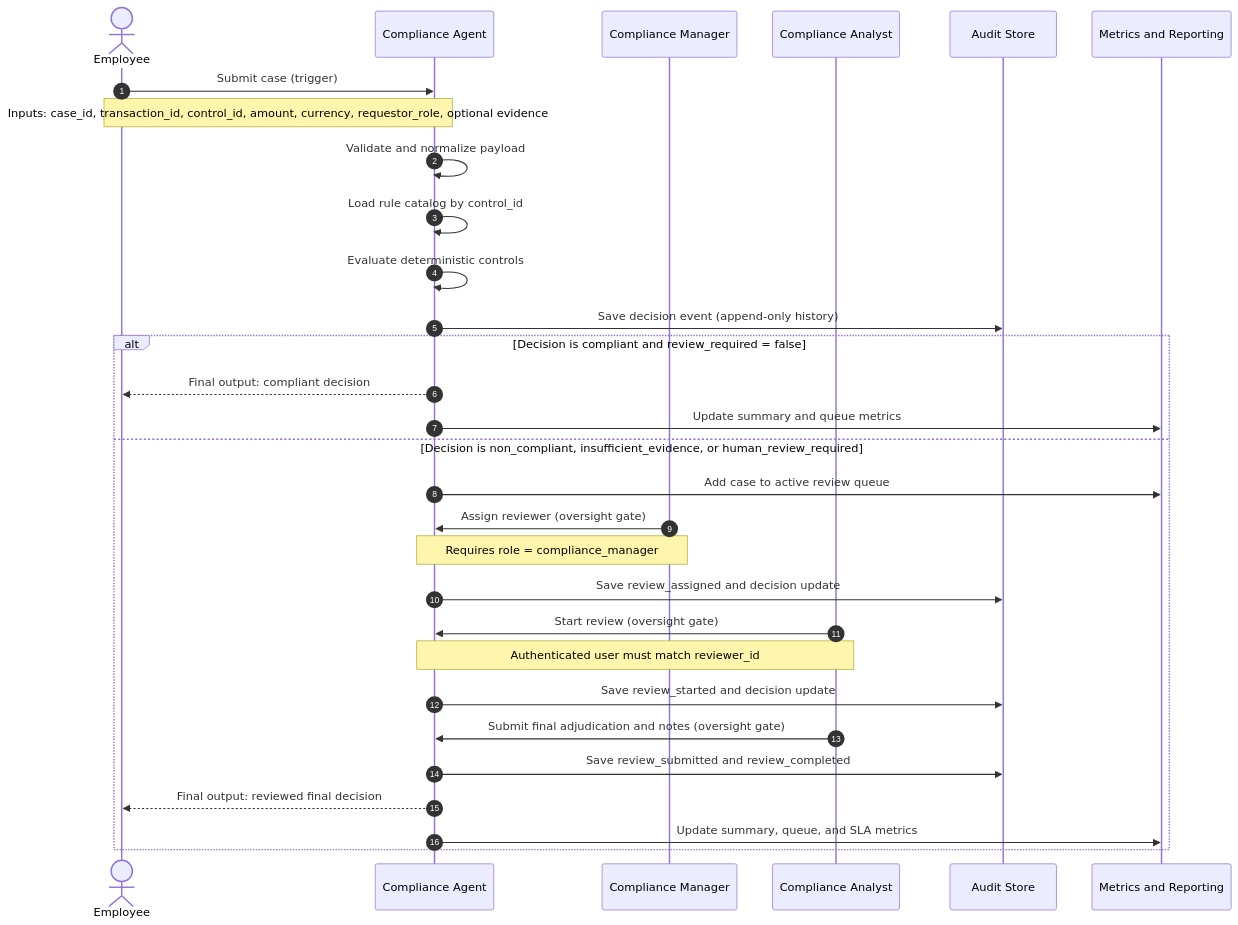
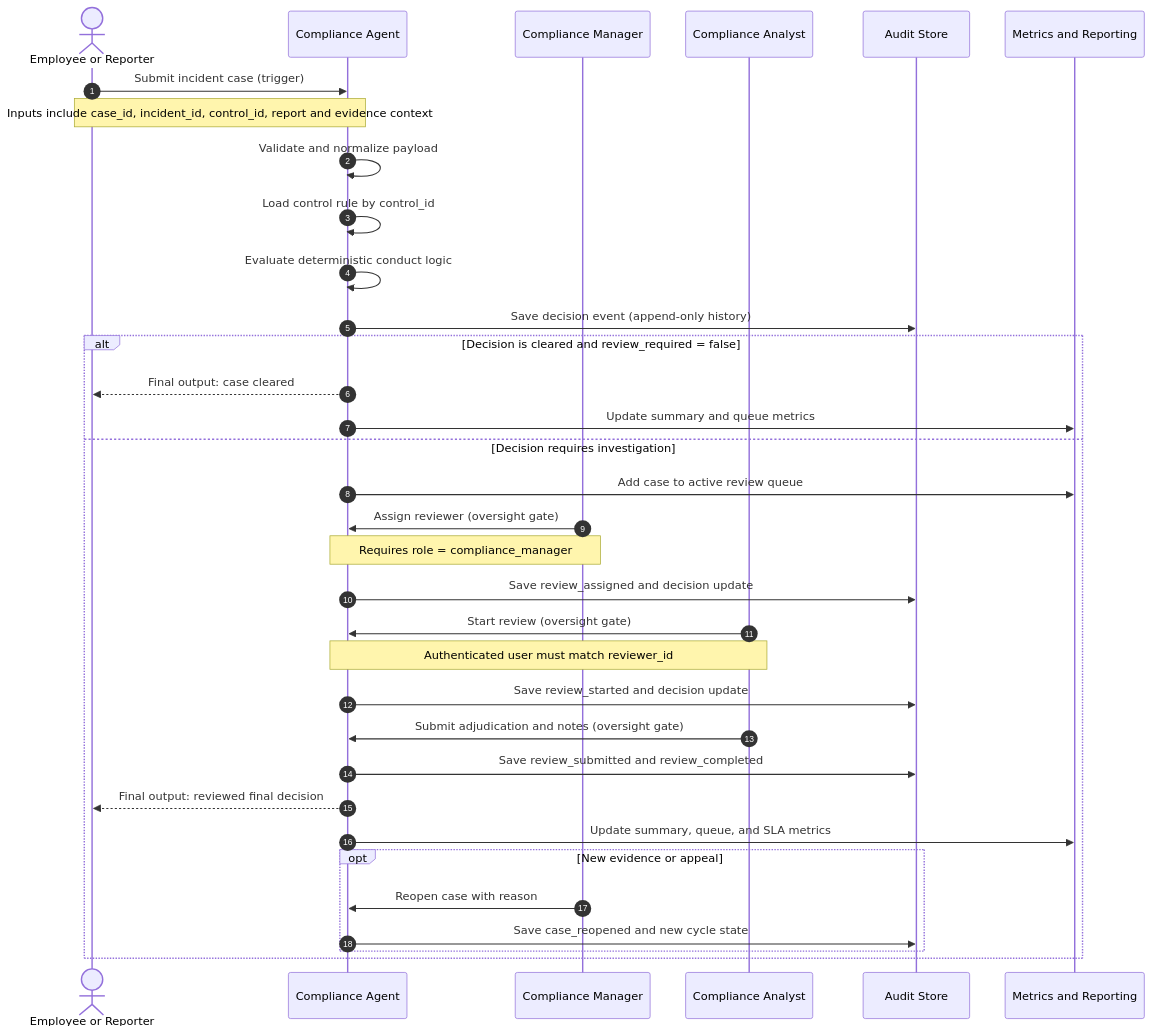
The diagram in docs/workflow_swimlane.md (AllisonH-64/Compliance_Agentic_AI_Design), drawn with Mermaid before and after one commit. The commit also changed other lines of this file and 27 other files, not shown here.

````diff
--- a/docs/workflow_swimlane.md
+++ b/docs/workflow_swimlane.md
@@ -5,38 +5,43 @@
 ```mermaid
 sequenceDiagram
     autonumber
-    actor Employee
+    actor Reporter as Employee or Reporter
     participant Agent as Compliance Agent
     participant Manager as Compliance Manager
     participant Analyst as Compliance Analyst
     participant Audit as Audit Store
     participant Reports as Metrics and Reporting
 
-    Employee->>Agent: Submit case (trigger)
-    Note over Employee,Agent: Inputs: case_id, transaction_id, control_id, amount, currency, requestor_role, optional evidence
+    Reporter->>Agent: Submit incident case (trigger)
+    Note over Reporter,Agent: Inputs include case_id, incident_id, control_id, report and evidence context
 
     Agent->>Agent: Validate and normalize payload
-    Agent->>Agent: Load rule catalog by control_id
-    Agent->>Agent: Evaluate deterministic controls
+    Agent->>Agent: Load control rule by control_id
+    Agent->>Agent: Evaluate deterministic conduct logic
     Agent->>Audit: Save decision event (append-only history)
 
-    alt Decision is compliant and review_required = false
-        Agent-->>Employee: Final output: compliant decision
+    alt Decision is cleared and review_required = false
+        Agent-->>Reporter: Final output: case cleared
         Agent->>Reports: Update summary and queue metrics
-    else Decision is non_compliant, insufficient_evidence, or human_review_required
+    else Decision requires investigation
         Agent->>Reports: Add case to active review queue
 
         Manager->>Agent: Assign reviewer (oversight gate)
         Note over Manager,Agent: Requires role = compliance_manager
         Agent->>Audit: Save review_assigned and decision update
 
         Analyst->>Agent: Start review (oversight gate)
         Note over Analyst,Agent: Authenticated user must match reviewer_id
         Agent->>Audit: Save review_started and decision update
 
-        Analyst->>Agent: Submit final adjudication and notes (oversight gate)
+        Analyst->>Agent: Submit adjudication and notes (oversight gate)
         Agent->>Audit: Save review_submitted and review_completed
-        Agent-->>Employee: Final output: reviewed final decision
+        Agent-->>Reporter: Final output: reviewed final decision
         Agent->>Reports: Update summary, queue, and SLA metrics
+
+        opt New evidence or appeal
+            Manager->>Agent: Reopen case with reason
+            Agent->>Audit: Save case_reopened and new cycle state
+        end
     end
 ```
````
